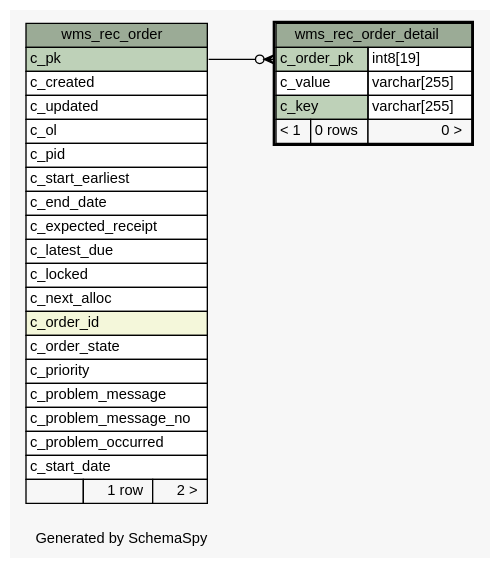
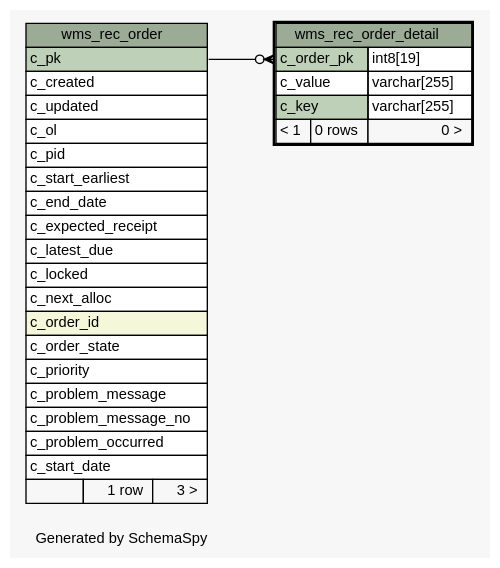
The diagram in 1.0.0-SNAPSHOT/schemaspy/diagrams/wms_rec_order_detail.1degree.dot (openwms/org.openwms.wms.receiving.lib), drawn with Graphviz before and after one commit. The commit also changed 379 other files, not shown here.

```diff
--- a/1.0.0-SNAPSHOT/schemaspy/diagrams/wms_rec_order_detail.1degree.dot
+++ b/1.0.0-SNAPSHOT/schemaspy/diagrams/wms_rec_order_detail.1degree.dot
@@ -1,62 +1,62 @@
-// dot 2.43.0 on Linux 5.11.0-1022-azure
+// dot 2.43.0 on Linux 5.11.0-1027-azure
 // SchemaSpy rev Unknown
 digraph "oneDegreeRelationshipsDiagram" {
   graph [
     rankdir="RL"
     bgcolor="#f7f7f7"
     label="\nGenerated by SchemaSpy"
     labeljust="l"
     nodesep="0.18"
     ranksep="0.46"
     fontname="Helvetica"
     fontsize="11"
   ];
   node [
     fontname="Helvetica"
     fontsize="11"
     shape="plaintext"
   ];
   edge [
     arrowsize="0.8"
   ];
   "wms_rec_order_detail":"c_order_pk":w -> "wms_rec_order":"c_pk":e [arrowhead=none dir=back arrowtail=crowodot];
   "wms_rec_order" [
     label=<
     <TABLE BORDER="0" CELLBORDER="1" CELLSPACING="0" BGCOLOR="#ffffff">
       <TR><TD COLSPAN="3" BGCOLOR="#9bab96" ALIGN="CENTER">wms_rec_order</TD></TR>
       <TR><TD PORT="c_pk" COLSPAN="3" BGCOLOR="#bed1b8" ALIGN="LEFT">c_pk</TD></TR>
       <TR><TD PORT="c_created" COLSPAN="3" ALIGN="LEFT">c_created</TD></TR>
       <TR><TD PORT="c_updated" COLSPAN="3" ALIGN="LEFT">c_updated</TD></TR>
       <TR><TD PORT="c_ol" COLSPAN="3" ALIGN="LEFT">c_ol</TD></TR>
       <TR><TD PORT="c_pid" COLSPAN="3" ALIGN="LEFT">c_pid</TD></TR>
       <TR><TD PORT="c_start_earliest" COLSPAN="3" ALIGN="LEFT">c_start_earliest</TD></TR>
       <TR><TD PORT="c_end_date" COLSPAN="3" ALIGN="LEFT">c_end_date</TD></TR>
       <TR><TD PORT="c_expected_receipt" COLSPAN="3" ALIGN="LEFT">c_expected_receipt</TD></TR>
       <TR><TD PORT="c_latest_due" COLSPAN="3" ALIGN="LEFT">c_latest_due</TD></TR>
       <TR><TD PORT="c_locked" COLSPAN="3" ALIGN="LEFT">c_locked</TD></TR>
       <TR><TD PORT="c_next_alloc" COLSPAN="3" ALIGN="LEFT">c_next_alloc</TD></TR>
       <TR><TD PORT="c_order_id" COLSPAN="3" BGCOLOR="#f4f7da" ALIGN="LEFT">c_order_id</TD></TR>
       <TR><TD PORT="c_order_state" COLSPAN="3" ALIGN="LEFT">c_order_state</TD></TR>
       <TR><TD PORT="c_priority" COLSPAN="3" ALIGN="LEFT">c_priority</TD></TR>
       <TR><TD PORT="c_problem_message" COLSPAN="3" ALIGN="LEFT">c_problem_message</TD></TR>
       <TR><TD PORT="c_problem_message_no" COLSPAN="3" ALIGN="LEFT">c_problem_message_no</TD></TR>
       <TR><TD PORT="c_problem_occurred" COLSPAN="3" ALIGN="LEFT">c_problem_occurred</TD></TR>
       <TR><TD PORT="c_start_date" COLSPAN="3" ALIGN="LEFT">c_start_date</TD></TR>
-      <TR><TD ALIGN="LEFT" BGCOLOR="#f7f7f7">  </TD><TD ALIGN="RIGHT" BGCOLOR="#f7f7f7">1 row</TD><TD ALIGN="RIGHT" BGCOLOR="#f7f7f7">2 &gt;</TD></TR>
+      <TR><TD ALIGN="LEFT" BGCOLOR="#f7f7f7">  </TD><TD ALIGN="RIGHT" BGCOLOR="#f7f7f7">1 row</TD><TD ALIGN="RIGHT" BGCOLOR="#f7f7f7">3 &gt;</TD></TR>
     </TABLE>>
     URL="wms_rec_order.html"
     tooltip="wms_rec_order"
   ];
   "wms_rec_order_detail" [
     label=<
     <TABLE BORDER="2" CELLBORDER="1" CELLSPACING="0" BGCOLOR="#ffffff">
       <TR><TD COLSPAN="3" BGCOLOR="#9bab96" ALIGN="CENTER">wms_rec_order_detail</TD></TR>
       <TR><TD PORT="c_order_pk" COLSPAN="2" BGCOLOR="#bed1b8" ALIGN="LEFT">c_order_pk</TD><TD PORT="c_order_pk.type" ALIGN="LEFT">int8[19]</TD></TR>
       <TR><TD PORT="c_value" COLSPAN="2" ALIGN="LEFT">c_value</TD><TD PORT="c_value.type" ALIGN="LEFT">varchar[255]</TD></TR>
       <TR><TD PORT="c_key" COLSPAN="2" BGCOLOR="#bed1b8" ALIGN="LEFT">c_key</TD><TD PORT="c_key.type" ALIGN="LEFT">varchar[255]</TD></TR>
       <TR><TD ALIGN="LEFT" BGCOLOR="#f7f7f7">&lt; 1</TD><TD ALIGN="RIGHT" BGCOLOR="#f7f7f7">0 rows</TD><TD ALIGN="RIGHT" BGCOLOR="#f7f7f7">0 &gt;</TD></TR>
     </TABLE>>
     URL="wms_rec_order_detail.html"
     tooltip="wms_rec_order_detail"
   ];
 }
```
